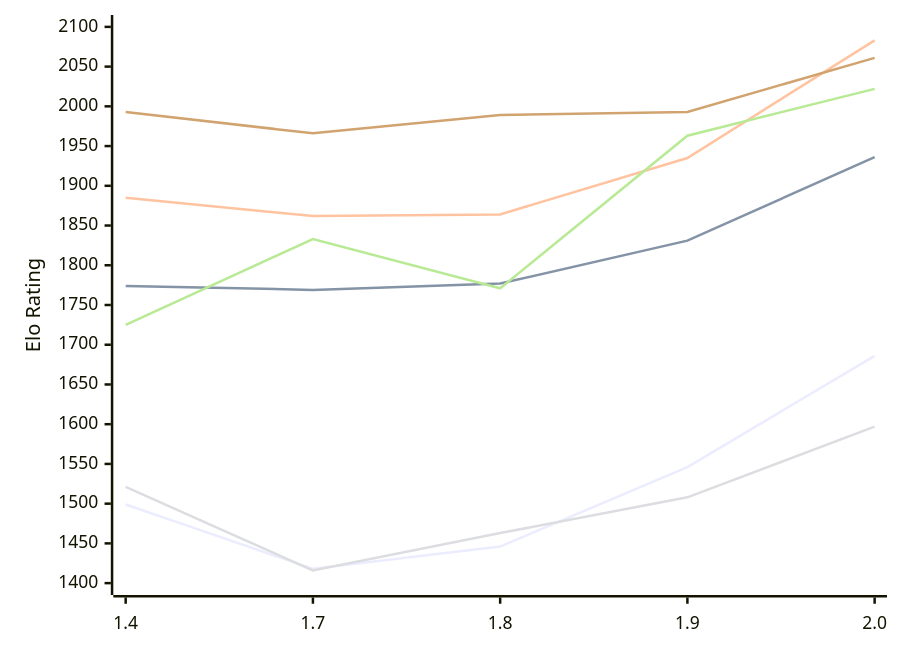
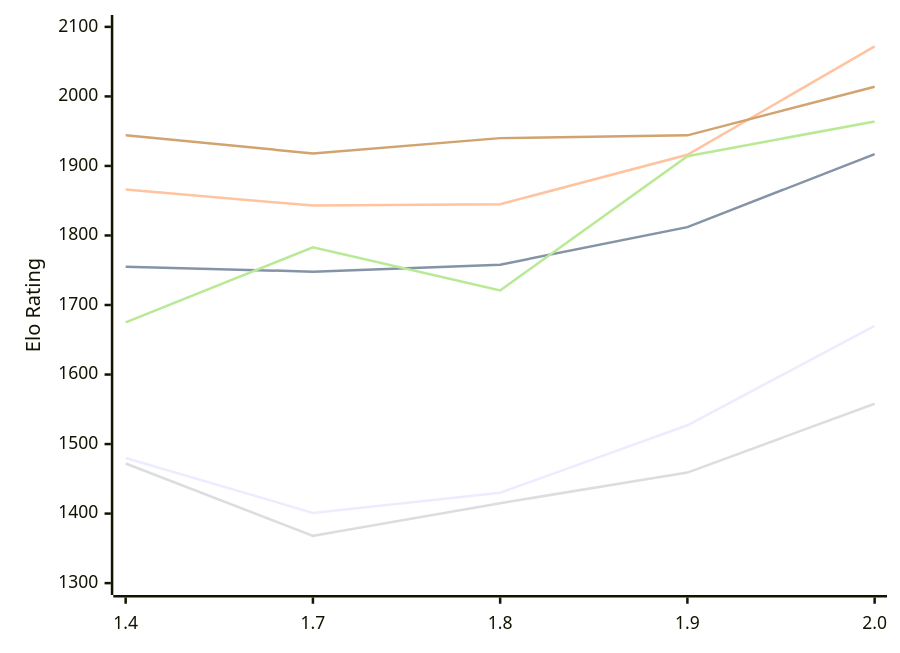
The diagram in engines/Russell.md (computer-chess-index/cci), drawn with Mermaid before and after one commit. The commit also changed other lines of this file, not shown here.

Commit message:
Update CCI Ratings (ELO VLTC) - 2026-11-08

````diff
--- a/engines/Russell.md
+++ b/engines/Russell.md
@@ -55,12 +55,12 @@
 ```mermaid
 %%{init: {"theme":"base","themeVariables":{"seriesColors:['#a3a3a3','#222221','#faa371']}}}%%
 xychart-beta
   x-axis ["1.4", "1.7", "1.8", "1.9", "2.0"]
-  y-axis "Elo Rating" 1400 --> 2100
-  line "E1: STC (8.0+0.08s)" [1499, 1418, 1446, 1546, 1686]
-  line "E1: LTC (60.0+0.60s)" [1774, 1769, 1777, 1831, 1936]
-  line "E1: VLTC (2m24s+1.12s)" [1885, 1862, 1864, 1935, 2083]
-  line "P1: STC (8.0+0.08s)" [1521, 1416, 1463, 1508, 1597]
-  line "P1: LTC (60.0+0.60s)" [1725, 1833, 1771, 1963, 2022]
-  line "P1: VLTC (2m24s+1.12s)" [1993, 1966, 1989, 1993, 2061]
+  y-axis "Elo Rating" 1300 --> 2100
+  line "E1: STC (8.0+0.08s)" [1480, 1401, 1430, 1527, 1670]
+  line "E1: LTC (60.0+0.60s)" [1755, 1748, 1758, 1812, 1917]
+  line "E1: VLTC (2m24s+1.12s)" [1866, 1843, 1845, 1916, 2072]
+  line "P1: STC (8.0+0.08s)" [1472, 1368, 1415, 1459, 1558]
+  line "P1: LTC (60.0+0.60s)" [1675, 1783, 1721, 1914, 1964]
+  line "P1: VLTC (2m24s+1.12s)" [1944, 1918, 1940, 1944, 2014]
 ```
````
